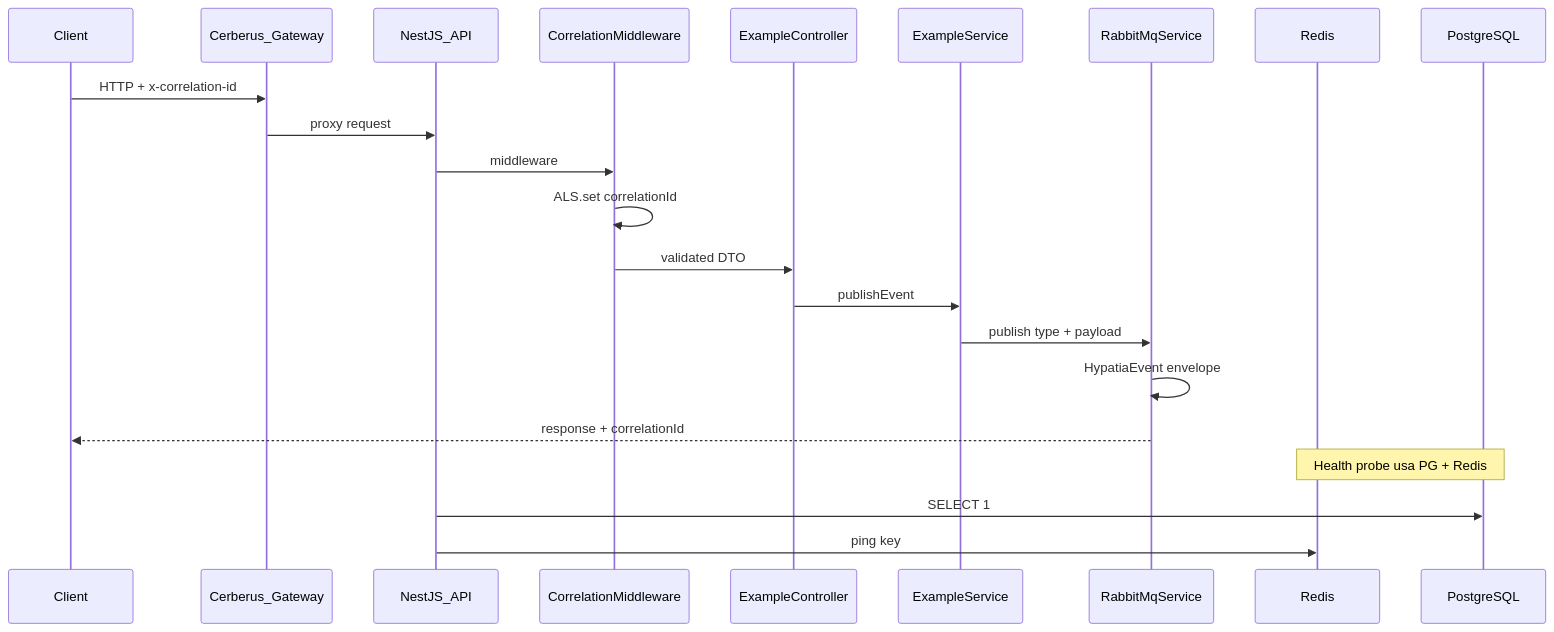
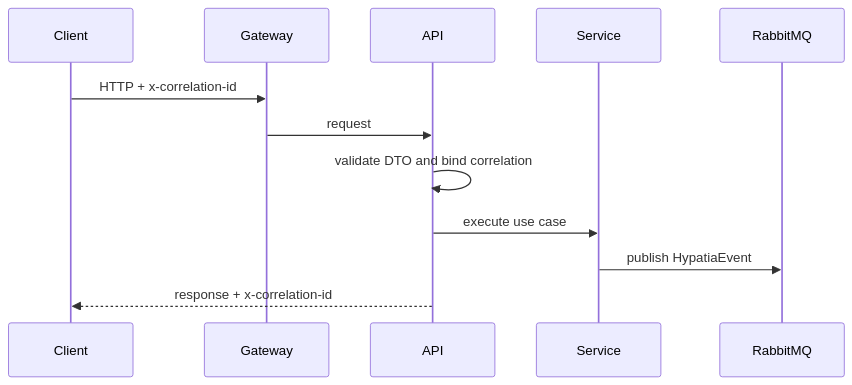
The first of 2 diagrams in docs/onboarding/MAPA-MENTAL.md (hypatiatecnologia/hypatia-nest-starter), drawn with Mermaid before and after one commit. The commit also changed other lines of this file and 4 other files, not shown here.

````diff
--- a/docs/onboarding/MAPA-MENTAL.md
+++ b/docs/onboarding/MAPA-MENTAL.md
@@ -7,26 +5,15 @@
 ```mermaid
 sequenceDiagram
   participant Client
-  participant Cerberus as Cerberus_Gateway
-  participant Nest as NestJS_API
-  participant Corr as CorrelationMiddleware
-  participant Ctrl as ExampleController
-  participant Svc as ExampleService
-  participant RMQ as RabbitMqService
-  participant Redis
-  participant PG as PostgreSQL
+  participant Gateway
+  participant API
+  participant Service
+  participant Broker as RabbitMQ
 
-  Client->>Cerberus: HTTP + x-correlation-id
-  Cerberus->>Nest: proxy request
-  Nest->>Corr: middleware
-  Corr->>Corr: ALS.set correlationId
-  Corr->>Ctrl: validated DTO
-  Ctrl->>Svc: publishEvent
-  Svc->>RMQ: publish type + payload
-  RMQ->>RMQ: HypatiaEvent envelope
-  RMQ-->>Client: response + correlationId
-
-  Note over PG,Redis: Health probe usa PG + Redis
-  Nest->>PG: SELECT 1
-  Nest->>Redis: ping key
+  Client->>Gateway: HTTP + x-correlation-id
+  Gateway->>API: request
+  API->>API: validate DTO and bind correlation
+  API->>Service: execute use case
+  Service->>Broker: publish HypatiaEvent
+  API-->>Client: response + x-correlation-id
 ```
````
